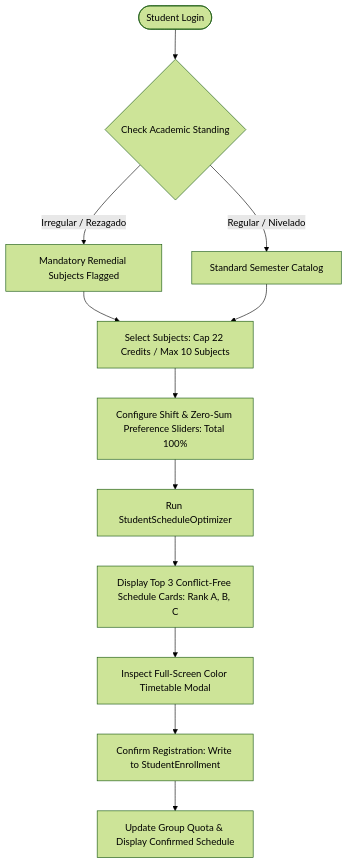
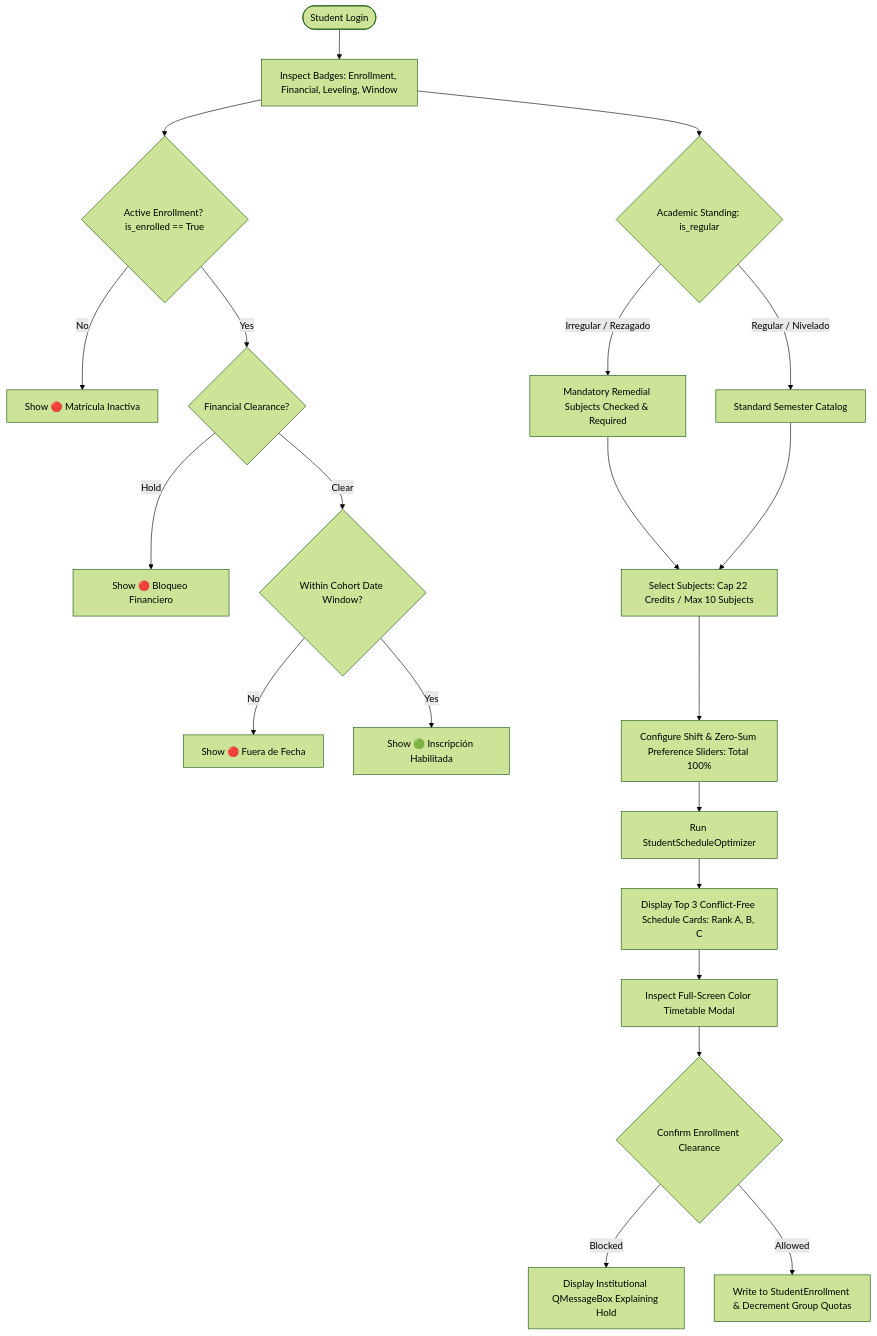
The third of 3 diagrams in openspec/specs/system-workflows.md (vranfe/optischedule), drawn with Mermaid (forest theme) before and after one commit. The commit also changed other lines of this file and 3 other files, not shown here.

````diff
--- a/openspec/specs/system-workflows.md
+++ b/openspec/specs/system-workflows.md
@@ -85,14 +86,25 @@
 ```mermaid
 flowchart TD
-    StudentLogin([Student Login]) --> CheckStanding{Check Academic Standing}
-    CheckStanding -->|Irregular / Rezagado| RemedialLock[Mandatory Remedial Subjects Flagged]
-    CheckStanding -->|Regular / Nivelado| OpenCatalog[Standard Semester Catalog]
+    StudentLogin([Student Login]) --> StatusCheck[Inspect Badges: Enrollment, Financial, Leveling, Window]
+    StatusCheck --> ActiveGate{Active Enrollment? is_enrolled == True}
+    ActiveGate -->|No| BlockBadge[Show 🔴 Matrícula Inactiva]
+    ActiveGate -->|Yes| FinGate{Financial Clearance?}
+    FinGate -->|Hold| FinHoldBadge[Show 🔴 Bloqueo Financiero]
+    FinGate -->|Clear| DateGate{Within Cohort Date Window?}
+    DateGate -->|No| DateBadge[Show 🔴 Fuera de Fecha]
+    DateGate -->|Yes| ReadyBadge[Show 🟢 Inscripción Habilitada]
+    
+    StatusCheck --> LevelingCheck{Academic Standing: is_regular}
+    LevelingCheck -->|Irregular / Rezagado| RemedialLock[Mandatory Remedial Subjects Checked & Required]
+    LevelingCheck -->|Regular / Nivelado| OpenCatalog[Standard Semester Catalog]
+    
     RemedialLock --> SubjectSelection[Select Subjects: Cap 22 Credits / Max 10 Subjects]
     OpenCatalog --> SubjectSelection
     SubjectSelection --> PreferenceSliders[Configure Shift & Zero-Sum Preference Sliders: Total 100%]
     PreferenceSliders --> RunOptimizer[Run StudentScheduleOptimizer]
     RunOptimizer --> CardReview[Display Top 3 Conflict-Free Schedule Cards: Rank A, B, C]
     CardReview --> ModalPreview[Inspect Full-Screen Color Timetable Modal]
-    ModalPreview --> ConfirmEnrollment[Confirm Registration: Write to StudentEnrollment]
-    ConfirmEnrollment --> DecrementQuota[Update Group Quota & Display Confirmed Schedule]
+    ModalPreview --> ConfirmGate{Confirm Enrollment Clearance}
+    ConfirmGate -->|Blocked| ShowAlert[Display Institutional QMessageBox Explaining Hold]
+    ConfirmGate -->|Allowed| CommitRegistration[Write to StudentEnrollment & Decrement Group Quotas]
 ```
````
